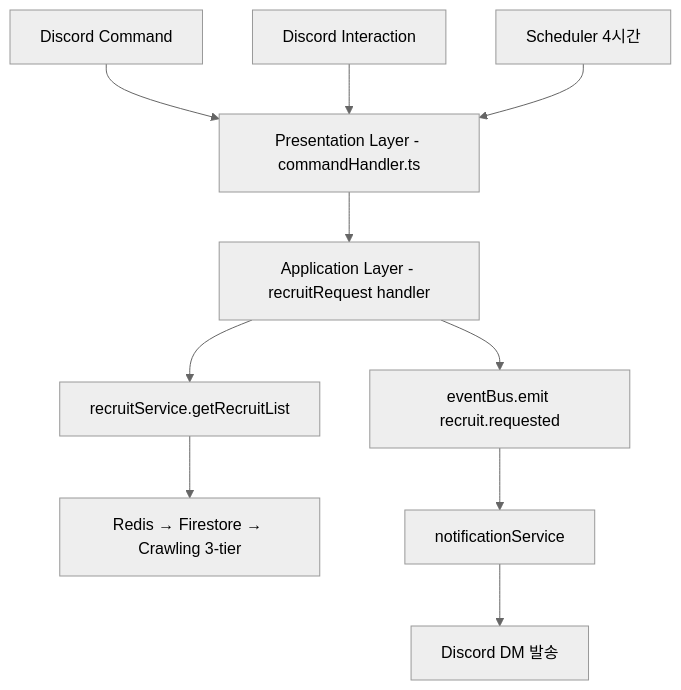
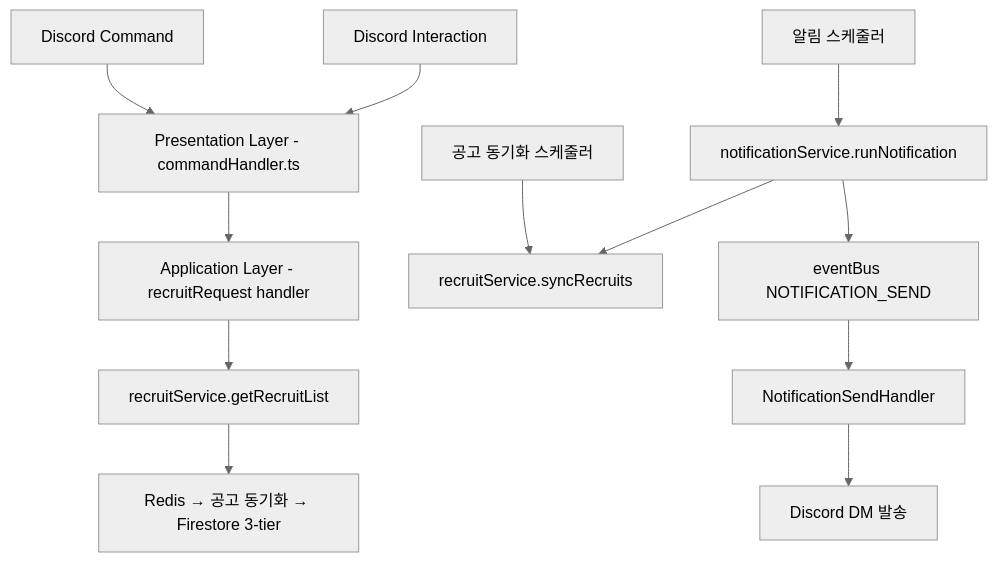
Before and after one commit to jscht/sria-notify-discord: the second of 3 diagrams in .claude/docs/ARCHITECTURE.md, drawn with Mermaid (neutral theme). The commit also changed other lines of this file and 142 other files, not shown here.

````diff
--- a/.claude/docs/ARCHITECTURE.md
+++ b/.claude/docs/ARCHITECTURE.md
@@ -150,12 +147,14 @@
 ```mermaid
 graph TD
     T1[Discord Command] --> PL[Presentation Layer - commandHandler.ts]
     T2[Discord Interaction] --> PL
-    T3[Scheduler 4시간] --> PL
     PL --> AL[Application Layer - recruitRequest handler]
     AL --> RS[recruitService.getRecruitList]
-    RS --> Cache[Redis → Firestore → Crawling 3-tier]
-    AL --> EB[eventBus.emit recruit.requested]
-    EB --> NS[notificationService]
-    NS --> DM[Discord DM 발송]
+    RS --> Cache[Redis → 공고 동기화 → Firestore 3-tier]
+    T3[공고 동기화 스케줄러] --> Sync[recruitService.syncRecruits]
+    T4[알림 스케줄러] --> RN[notificationService.runNotification]
+    RN --> Sync
+    RN --> EB[eventBus NOTIFICATION_SEND]
+    EB --> NH[NotificationSendHandler]
+    NH --> DM[Discord DM 발송]
 ```
````
